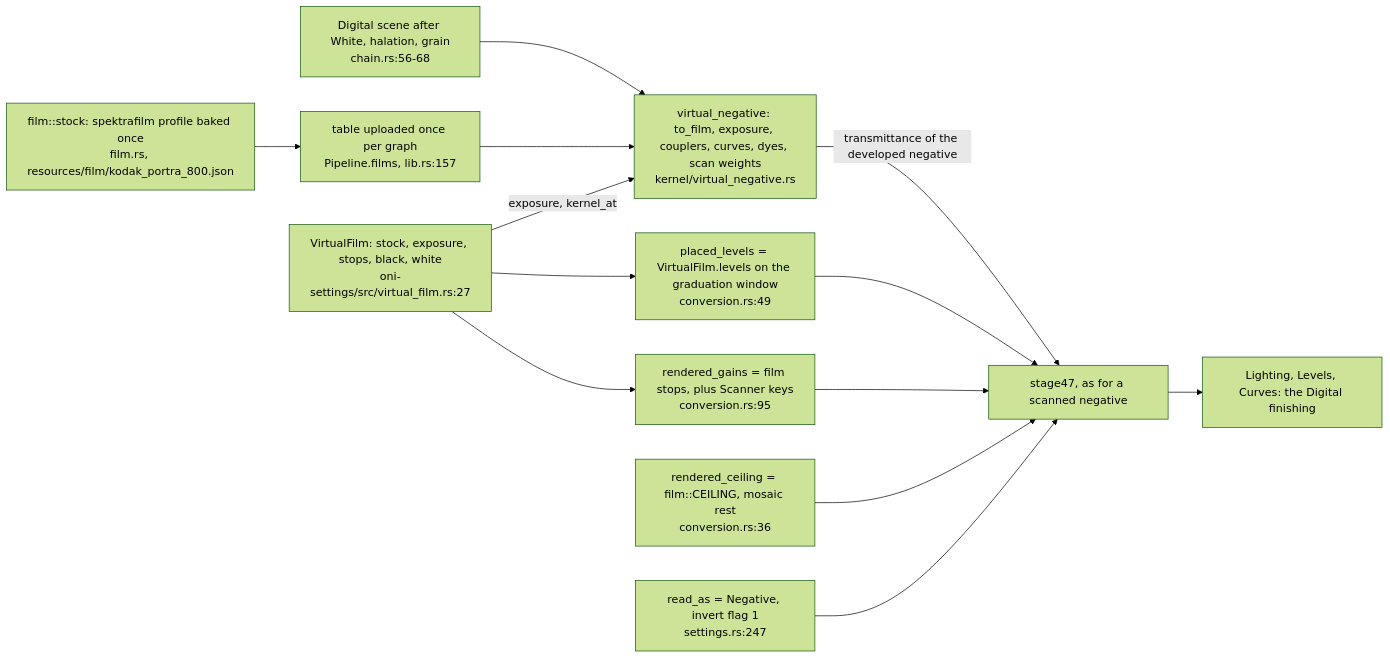
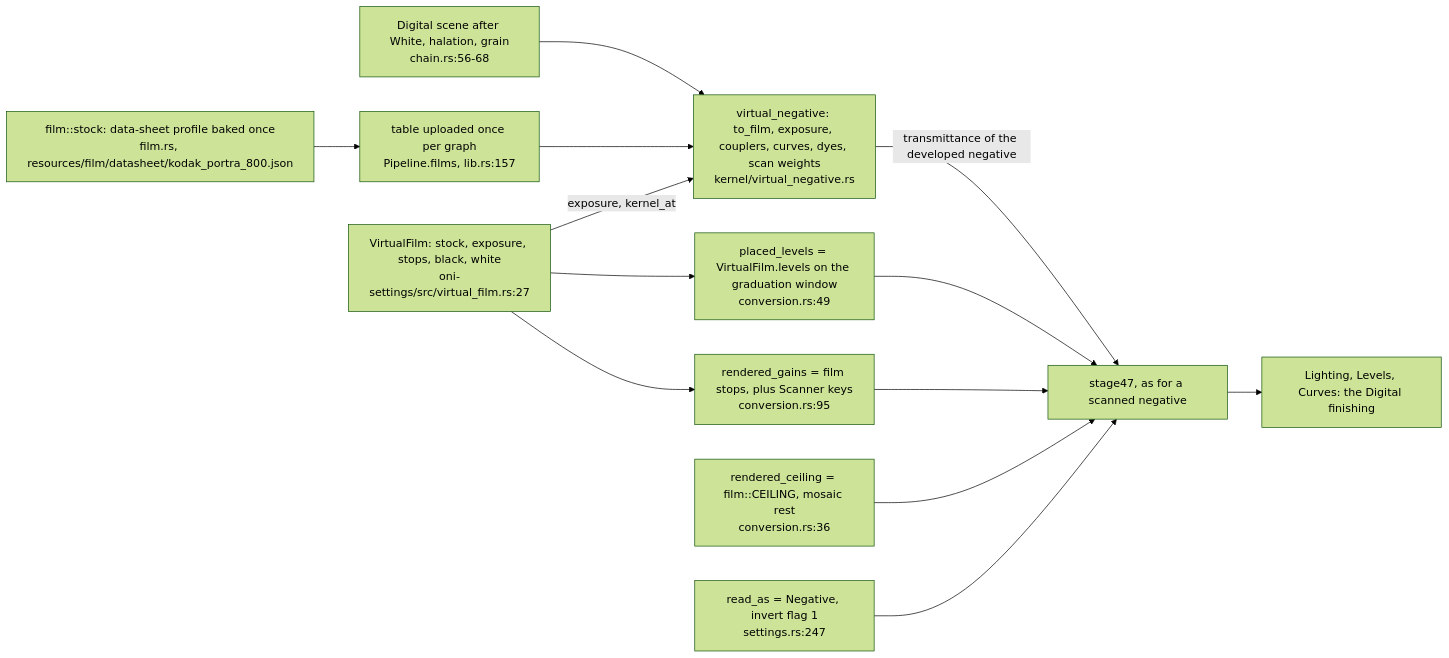
One commit to 5e1y/open-negative-initiative-rs changed the fourth of 16 diagrams in docs/pipeline-map.md. Above: the diagram before and after it, drawn with Mermaid (forest theme). The commit also changed 143 other files, not shown here.

First line of the commit message:
Every film stock and paper is its maker's data sheet: spektrafilm's profiles retired (#3430-#3437)

````diff
--- a/docs/pipeline-map.md
+++ b/docs/pipeline-map.md
@@ -170,23 +170,23 @@
 ```mermaid
 flowchart LR
   SCENE["Digital scene after White, halation, grain<br/>chain.rs:56-68"]
-  STOCK["film::stock: spektrafilm profile baked once<br/>film.rs, resources/film/kodak_portra_800.json"]
+  STOCK["film::stock: data-sheet profile baked once<br/>film.rs, resources/film/datasheet/kodak_portra_800.json"]
   TBL["table uploaded once per graph<br/>Pipeline.films, lib.rs:157"]
   VN["virtual_negative: to_film, exposure, couplers, curves, dyes, scan weights<br/>kernel/virtual_negative.rs"]
   REF["VirtualFilm: stock, exposure, stops, black, white<br/>oni-settings/src/virtual_film.rs:27"]
   LV["placed_levels = VirtualFilm.levels on the graduation window<br/>conversion.rs:49"]
   GA["rendered_gains = film stops, plus Scanner keys<br/>conversion.rs:95"]
   CE["rendered_ceiling = film::CEILING, mosaic rest<br/>conversion.rs:36"]
   RA["read_as = Negative, invert flag 1<br/>settings.rs:247"]
   S47["stage47, as for a scanned negative"]
   LIT["Lighting, Levels, Curves: the Digital finishing"]
   SCENE --> VN
   STOCK --> TBL --> VN
   REF -->|"exposure, kernel_at"| VN
   VN -->|"transmittance of the developed negative"| S47
   REF --> LV --> S47
   REF --> GA --> S47
   CE --> S47
   RA --> S47
   S47 --> LIT
 ```
````
